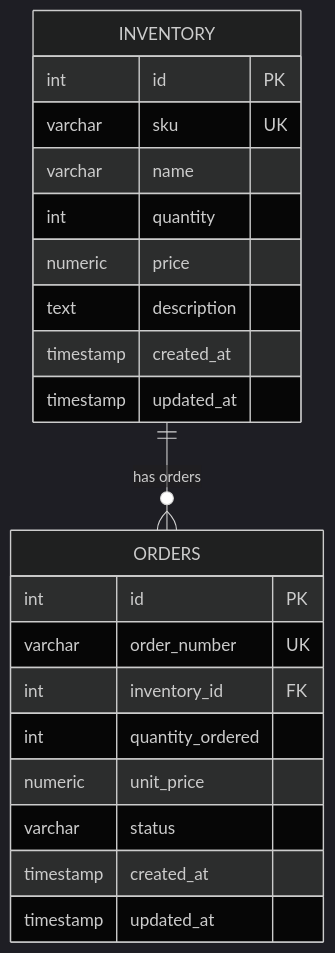
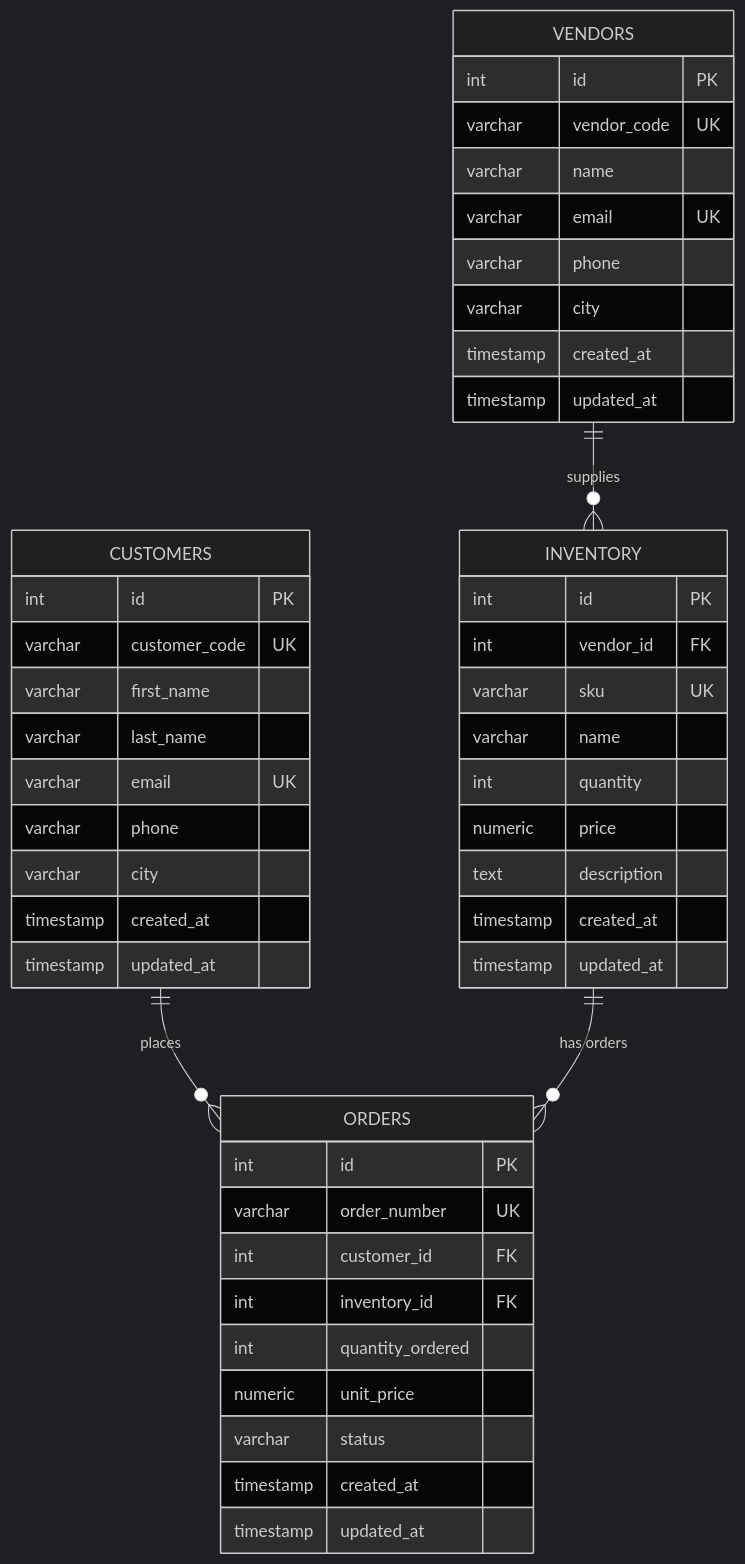
One commit to Shotza247/Containerized_PostgreSQL_DB_setup changed the second of 3 diagrams in README.md. Above: the diagram before and after it, drawn with Mermaid (dark theme). The commit also changed other lines of this file and 2 other files, not shown here.

````diff
--- a/README.md
+++ b/README.md
@@ -188,26 +281,53 @@
 ```mermaid
 erDiagram
+    CUSTOMERS ||--o{ ORDERS : "places"
+    VENDORS ||--o{ INVENTORY : "supplies"
     INVENTORY ||--o{ ORDERS : "has orders"
+
+    CUSTOMERS {
+        int id PK
+        varchar customer_code UK
+        varchar first_name
+        varchar last_name
+        varchar email UK
+        varchar phone
+        varchar city
+        timestamp created_at
+        timestamp updated_at
+    }
+
+    VENDORS {
+        int id PK
+        varchar vendor_code UK
+        varchar name
+        varchar email UK
+        varchar phone
+        varchar city
+        timestamp created_at
+        timestamp updated_at
+    }
 
     INVENTORY {
         int id PK
+        int vendor_id FK
         varchar sku UK
         varchar name
         int quantity
         numeric price
         text description
         timestamp created_at
         timestamp updated_at
     }
 
     ORDERS {
         int id PK
         varchar order_number UK
+        int customer_id FK
         int inventory_id FK
         int quantity_ordered
         numeric unit_price
         varchar status
         timestamp created_at
         timestamp updated_at
     }
 ```
````
